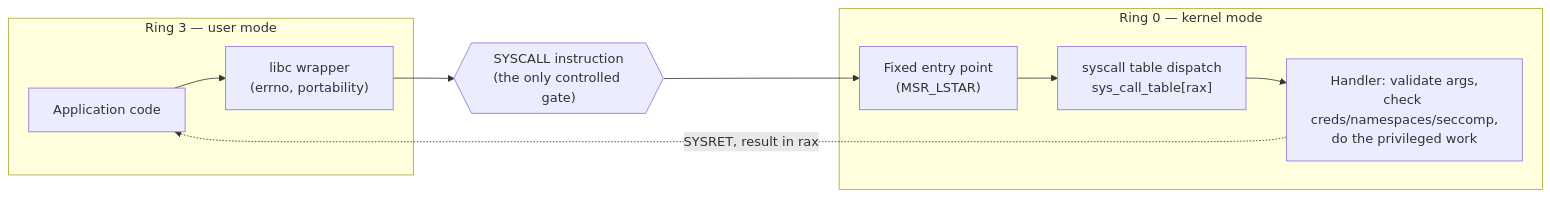
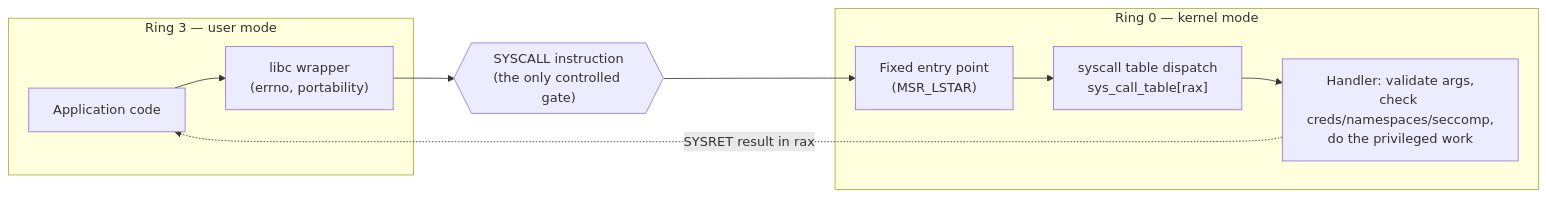
One commit to bumbsclaw/textbooks changed the first of 6 diagrams in vol-02-operating-systems-linux/ch05-system-calls.md. Above: the diagram before and after it, drawn with Mermaid. The commit also changed other lines of this file and 173 other files, not shown here.

First line of the commit message:
fix(mermaid): close note brackets, semicolons in Notes, stateDiagram br -> dash, edge parens

````diff
--- a/vol-02-operating-systems-linux/ch05-system-calls.md
+++ b/vol-02-operating-systems-linux/ch05-system-calls.md
@@ -76,17 +76,17 @@
 ```mermaid
 flowchart LR
   subgraph U["Ring 3 — user mode"]
     APP["Application code"]
     LIBC["libc wrapper<br/>(errno, portability)"]
     APP --> LIBC
   end
   GATE{{"SYSCALL instruction<br/>(the only controlled gate)"}}
   subgraph K["Ring 0 — kernel mode"]
     ENTRY["Fixed entry point<br/>(MSR_LSTAR)"]
     DISP["syscall table dispatch<br/>sys_call_table[rax]"]
     HANDLER["Handler: validate args,<br/>check creds/namespaces/seccomp,<br/>do the privileged work"]
     ENTRY --> DISP --> HANDLER
   end
   LIBC --> GATE --> ENTRY
-  HANDLER -.->|"SYSRET, result in rax"| APP
+  HANDLER -.->|"SYSRET result in rax"| APP
 ```
````
